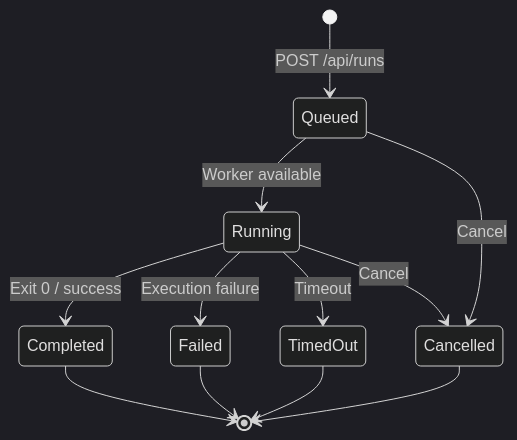
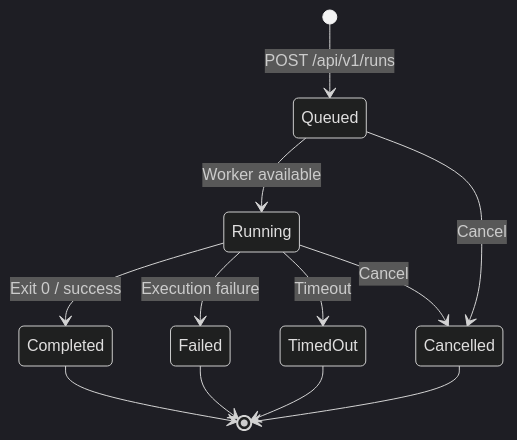
One commit to CyanAutomation/kaseki-agent changed the second of 7 diagrams in docs/KASEKI-AGENT-LIFECYCLE-DIAGRAMS.md. Above: the diagram before and after it, drawn with Mermaid (dark theme). The commit also changed other lines of this file and 85 other files, not shown here.

````diff
--- a/docs/KASEKI-AGENT-LIFECYCLE-DIAGRAMS.md
+++ b/docs/KASEKI-AGENT-LIFECYCLE-DIAGRAMS.md
@@ -92,18 +92,18 @@
 ```mermaid
 stateDiagram-v2
-    [*] --> Queued: POST /api/runs
+    [*] --> Queued: POST /api/v1/runs
 
     Queued --> Running: Worker available
 
     Queued --> Cancelled: Cancel
 
     Running --> Completed: Exit 0 / success
     Running --> Failed: Execution failure
     Running --> TimedOut: Timeout
     Running --> Cancelled: Cancel
 
     Completed --> [*]
     Failed --> [*]
     TimedOut --> [*]
     Cancelled --> [*]
 ```
````
